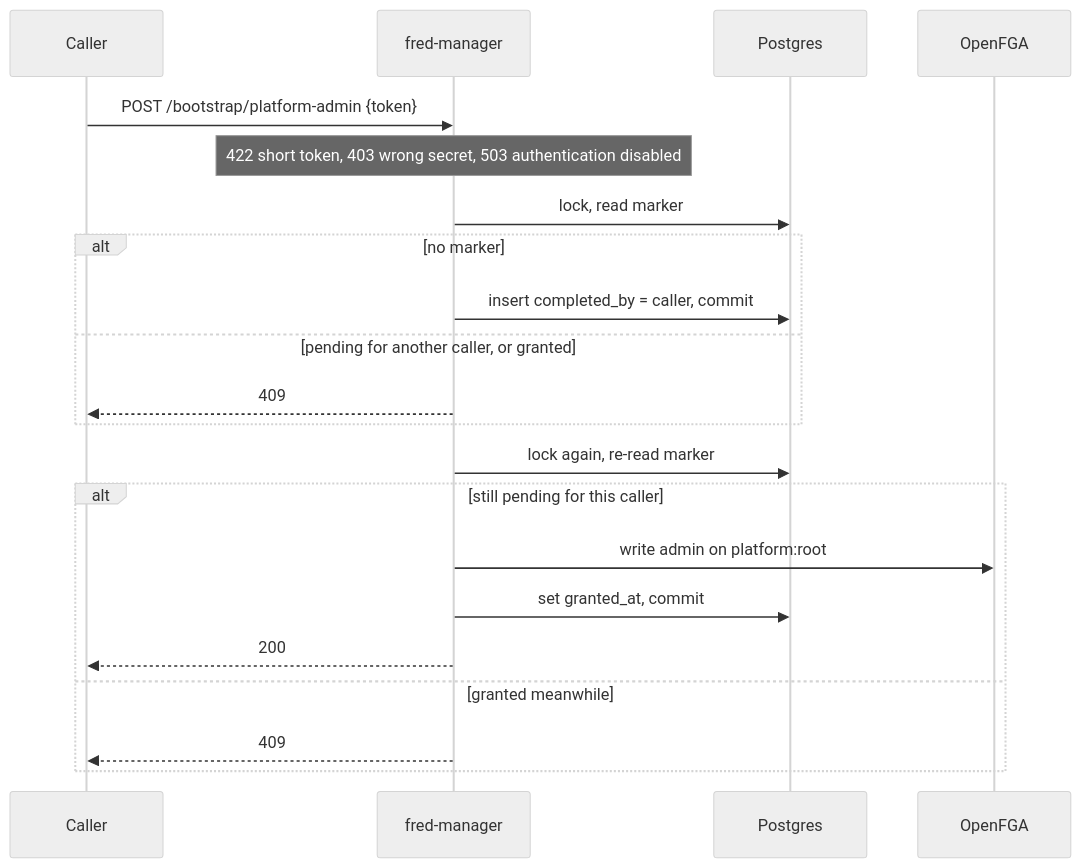
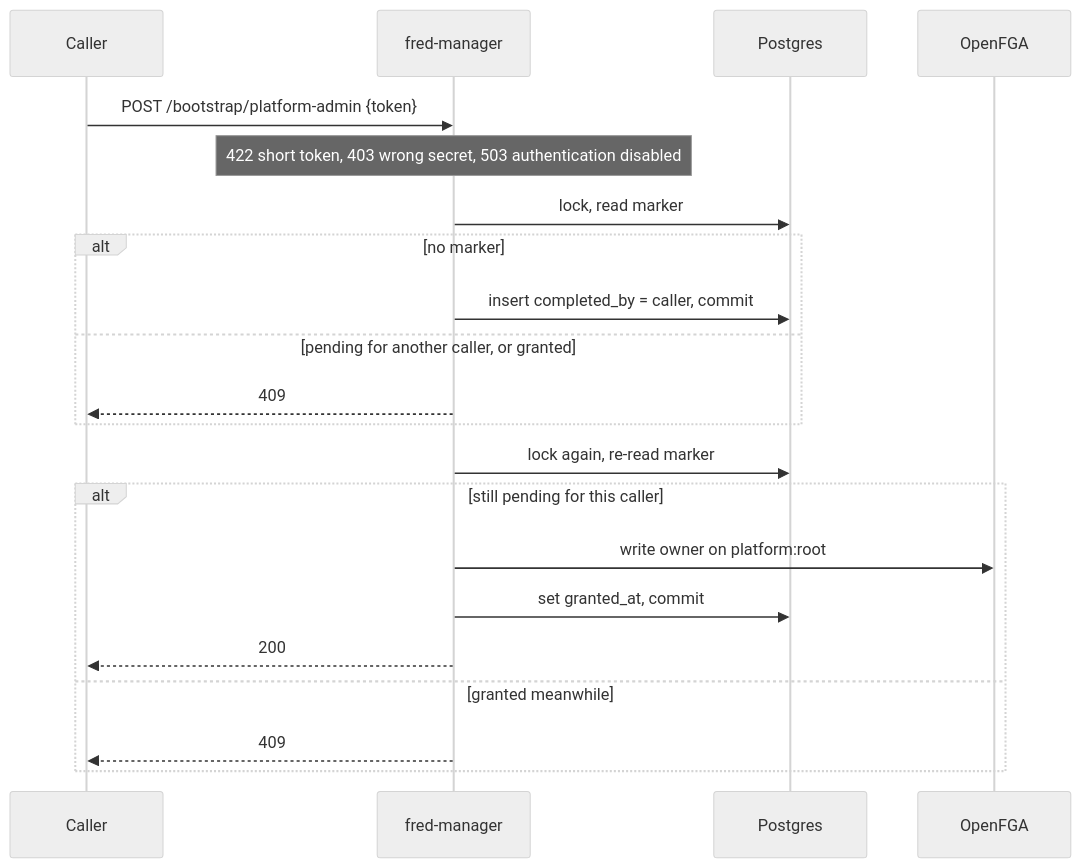
The sixth of 9 diagrams in docs/architecture/A1-manager-runtime.md (ThalesGroup/fred), drawn with Mermaid (neutral theme) before and after one commit. The commit also changed other lines of this file and 36 other files, not shown here.

First line of the commit message:
feat(#3092): replace platform admin and team manager with owners

````diff
--- a/docs/architecture/A1-manager-runtime.md
+++ b/docs/architecture/A1-manager-runtime.md
@@ -245,23 +245,23 @@
 ```mermaid
 sequenceDiagram
     participant U as Caller
     participant M as fred-manager
     participant PG as Postgres
     participant FGA as OpenFGA
     U->>M: POST /bootstrap/platform-admin {token}
     Note over M: 422 short token, 403 wrong secret, 503 authentication disabled
     M->>PG: lock, read marker
     alt no marker
         M->>PG: insert completed_by = caller, commit
     else pending for another caller, or granted
         M-->>U: 409
     end
     M->>PG: lock again, re-read marker
     alt still pending for this caller
-        M->>FGA: write admin on platform:root
+        M->>FGA: write owner on platform:root
         M->>PG: set granted_at, commit
         M-->>U: 200
     else granted meanwhile
         M-->>U: 409
     end
 ```
````
